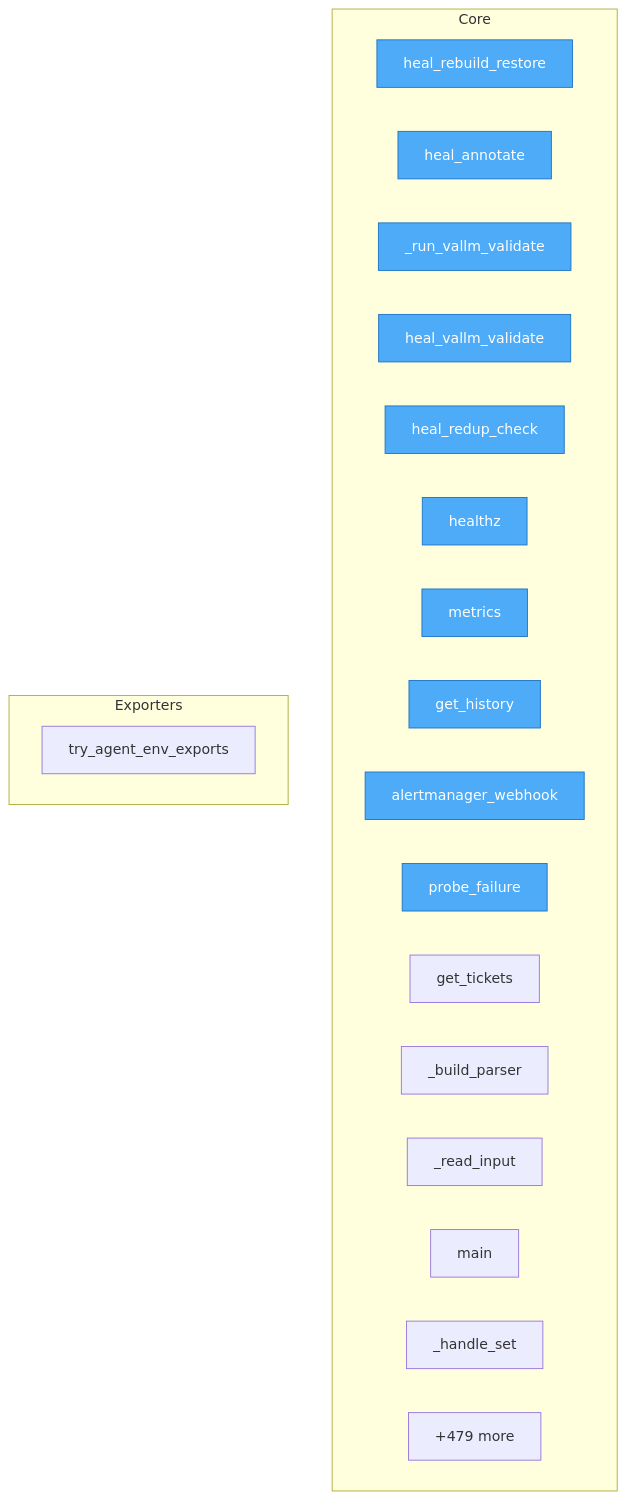
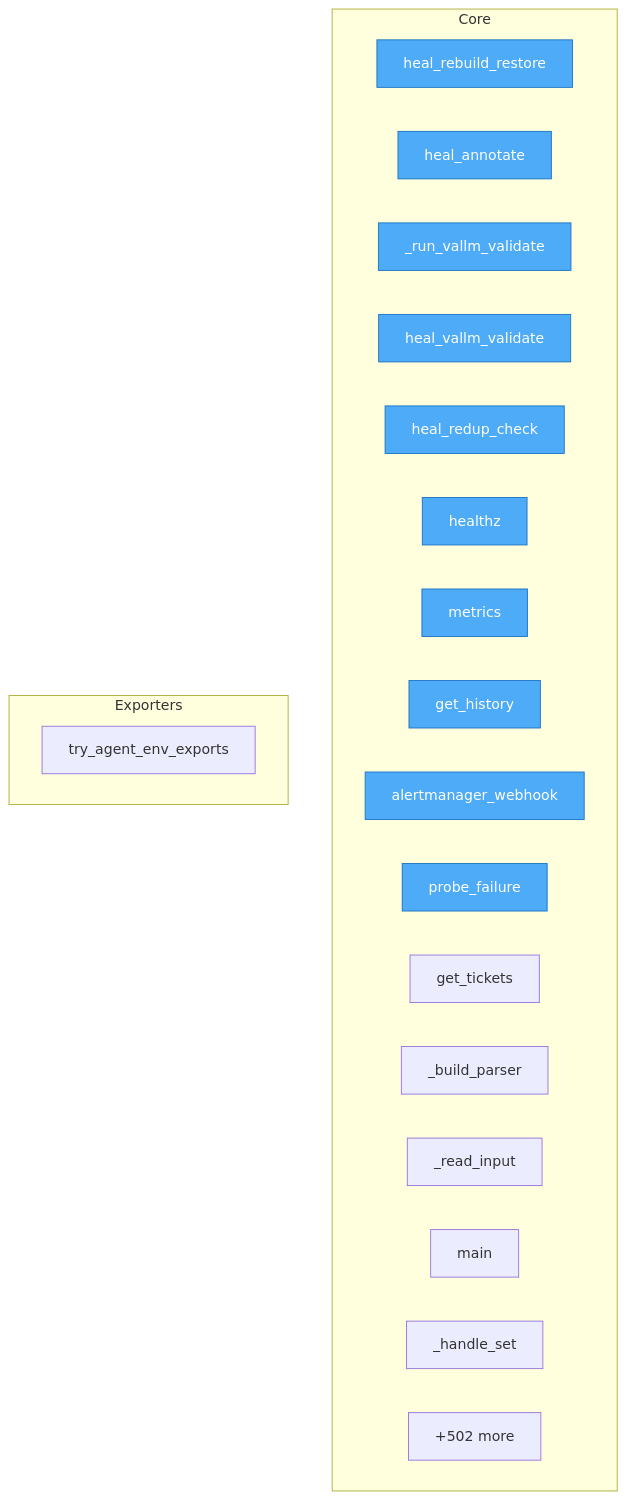
Before and after one commit to semcod/koru: the diagram in project/flow.mmd, drawn with Mermaid. The commit also changed 49 other files, not shown here.

```diff
--- a/project/flow.mmd
+++ b/project/flow.mmd
@@ -1,30 +1,30 @@
 flowchart TD
-%% generated in 0.03s
+%% generated in 0.06s
 
     %% Entry points (blue)
     classDef entry fill:#4dabf7,stroke:#1971c2,color:#fff
 
     subgraph Core
         services__healing_webhook__app__heal_rebuild_restore["heal_rebuild_restore"]
         services__healing_webhook__app__heal_annotate["heal_annotate"]
         services__healing_webhook__app___run_vallm_validate["_run_vallm_validate"]
         services__healing_webhook__app__heal_vallm_validate["heal_vallm_validate"]
         services__healing_webhook__app__heal_redup_check["heal_redup_check"]
         services__healing_webhook__app__healthz["healthz"]
         services__healing_webhook__app__metrics["metrics"]
         services__healing_webhook__app__get_history["get_history"]
         services__healing_webhook__app__alertmanager_webhook["alertmanager_webhook"]
         services__healing_webhook__app__probe_failure["probe_failure"]
         services__healing_webhook__app__get_tickets["get_tickets"]
         src__korudsl__cli___build_parser["_build_parser"]
         src__korudsl__cli___read_input["_read_input"]
         src__korudsl__cli__main["main"]
         src__korudsl__library___handle_set["_handle_set"]
-        ...["+479 more"]
+        ...["+502 more"]
     end
 
     subgraph Exporters
         src__koru__agent_cli_helpers__try_agent_env_exports["try_agent_env_exports"]
     end
 
     class services__healing_webhook__app__heal_rebuild_restore,services__healing_webhook__app__heal_annotate,services__healing_webhook__app___run_vallm_validate,services__healing_webhook__app__heal_vallm_validate,services__healing_webhook__app__heal_redup_check,services__healing_webhook__app__healthz,services__healing_webhook__app__metrics,services__healing_webhook__app__get_history,services__healing_webhook__app__alertmanager_webhook,services__healing_webhook__app__probe_failure entry
```
